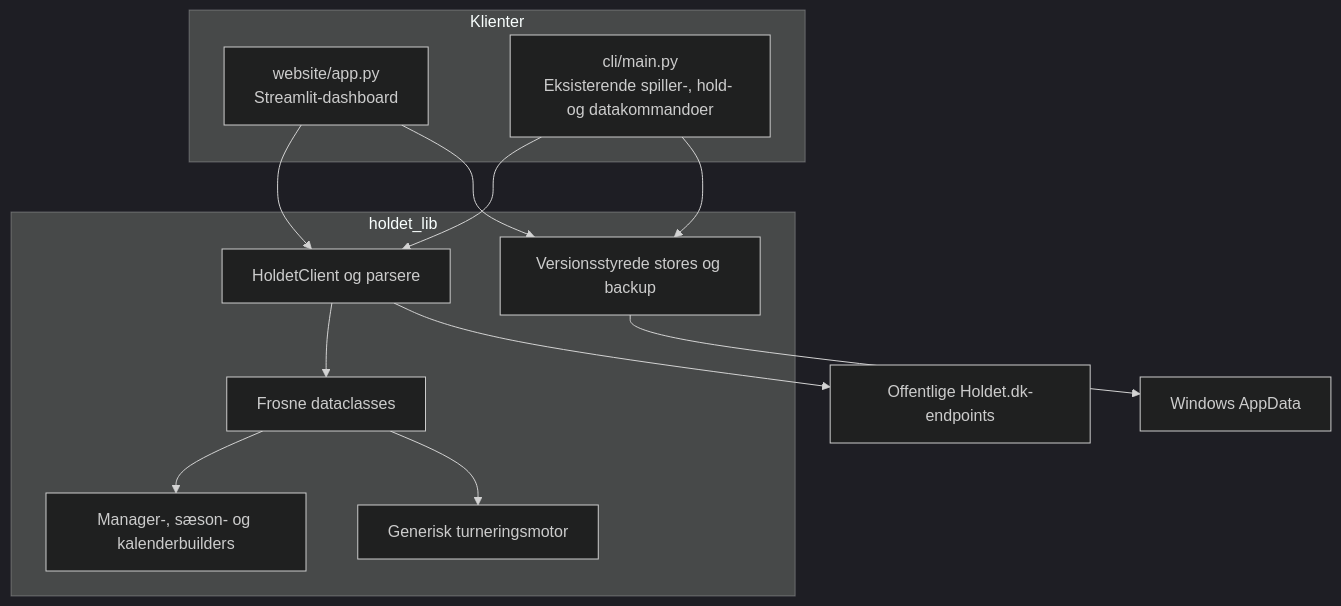
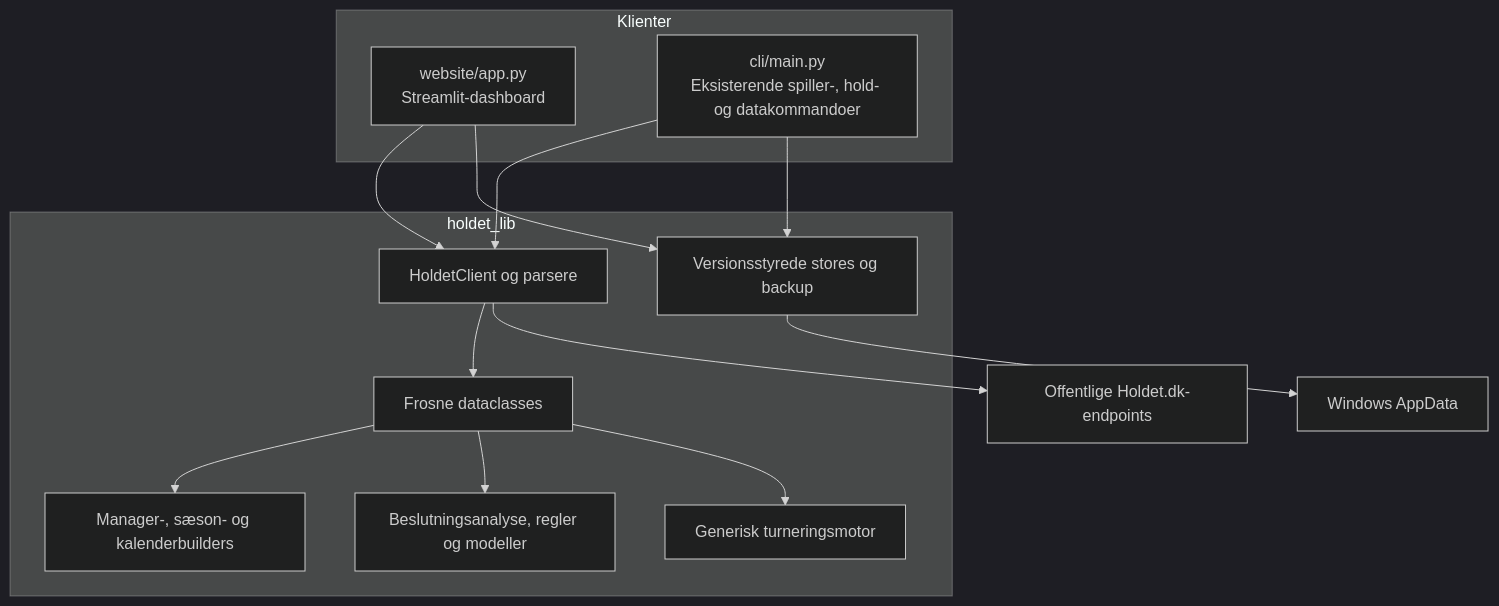
Before and after one commit to Peter537/holdet-fantasy-hub: the first of 3 diagrams in docs/architecture.md, drawn with Mermaid (dark theme). The commit also changed other lines of this file and 29 other files, not shown here.

````diff
--- a/docs/architecture.md
+++ b/docs/architecture.md
@@ -7,23 +7,25 @@
 ```mermaid
 flowchart TB
     subgraph Clients["Klienter"]
         Web["website/app.py<br/>Streamlit-dashboard"]
         Cli["cli/main.py<br/>Eksisterende spiller-, hold- og datakommandoer"]
     end
     subgraph Library["holdet_lib"]
         Fetch["HoldetClient og parsere"]
         Domain["Frosne dataclasses"]
         Manager["Manager-, sæson- og kalenderbuilders"]
+        Analysis["Beslutningsanalyse, regler og modeller"]
         Tournament["Generisk turneringsmotor"]
         Stores["Versionsstyrede stores og backup"]
     end
     Web --> Fetch
     Cli --> Fetch
     Fetch --> Domain
     Domain --> Manager
+    Domain --> Analysis
     Domain --> Tournament
     Web --> Stores
     Cli --> Stores
     Stores --> AppData["Windows AppData"]
     Fetch --> Holdet["Offentlige Holdet.dk-endpoints"]
 ```
````
